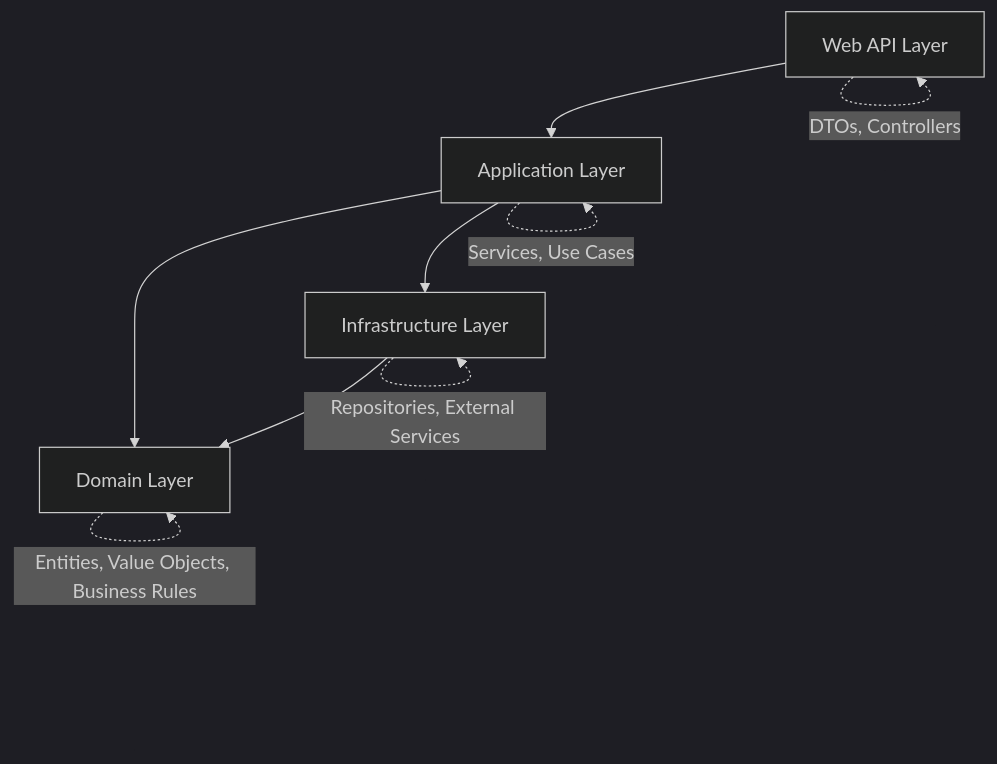
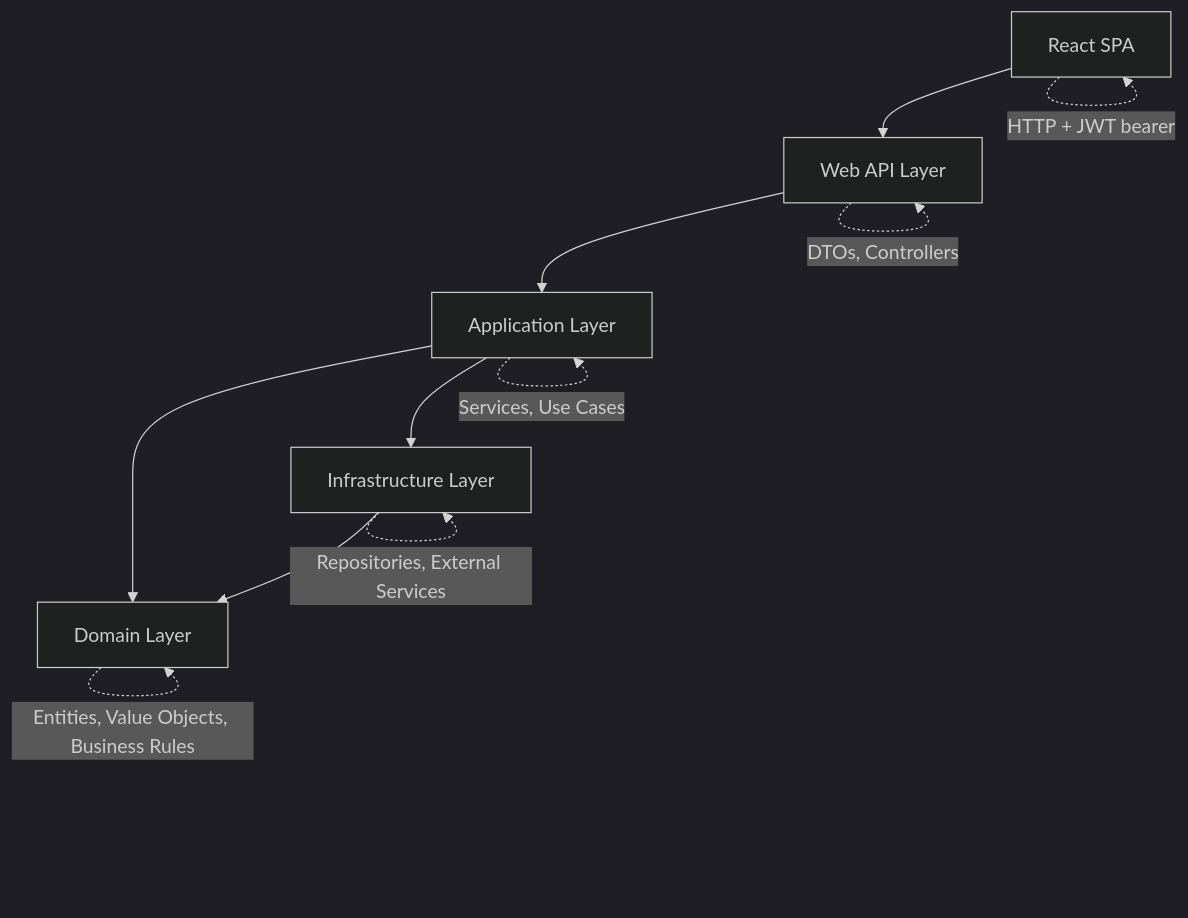
One commit to wahidshalaly/battleship-game changed the first of 4 diagrams in docs/architecture.md. Above: the diagram before and after it, drawn with Mermaid (dark theme). The commit also changed other lines of this file and 2 other files, not shown here.

First line of the commit message:
docs: document the React + Vite frontend

````diff
--- a/docs/architecture.md
+++ b/docs/architecture.md
@@ -32,12 +46,14 @@
 ```mermaid
 graph TB
+    Web[React SPA] --> UI[Web API Layer]
     UI[Web API Layer] --> App[Application Layer]
     App --> Domain[Domain Layer]
     App --> Infra[Infrastructure Layer]
     Infra --> Domain
 
+    Web -.-> |"HTTP + JWT bearer"| Web
     UI -.-> |"DTOs, Controllers"| UI
     App -.-> |"Services, Use Cases"| App
     Domain -.-> |"Entities, Value Objects, Business Rules"| Domain
     Infra -.-> |"Repositories, External Services"| Infra
 ```
````
